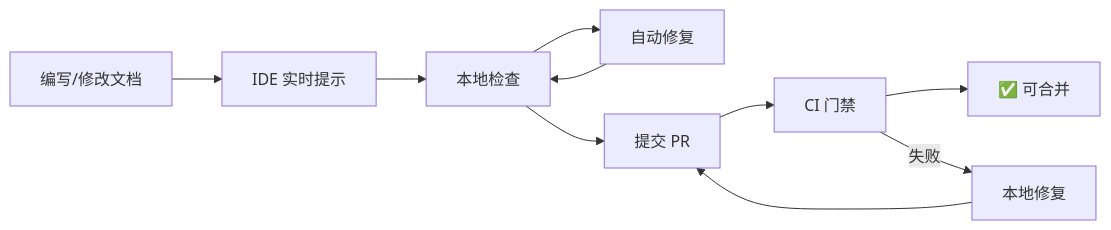
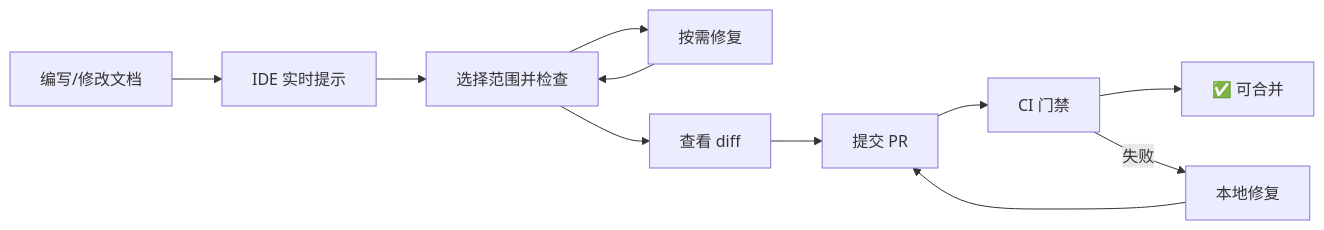
The diagram in DOCUMENTATION_LINTING.zh.md (ruyisdk/docs), drawn with Mermaid before and after one commit. The commit also changed other lines of this file and 2 other files, not shown here.

````diff
--- a/DOCUMENTATION_LINTING.zh.md
+++ b/DOCUMENTATION_LINTING.zh.md
@@ -174,12 +201,13 @@
 ```mermaid
 flowchart LR
     A[编写/修改文档] --> B[IDE 实时提示]
-    B --> C[本地检查]
-    C --> D[自动修复]
+    B --> C[选择范围并检查]
+    C --> D[按需修复]
     D --> C
-    C --> E[提交 PR]
+    C --> I[查看 diff]
+    I --> E[提交 PR]
     E --> F[CI 门禁]
     F --> G[✅ 可合并]
     F -->|失败| H[本地修复]
     H --> E
 ```
````
